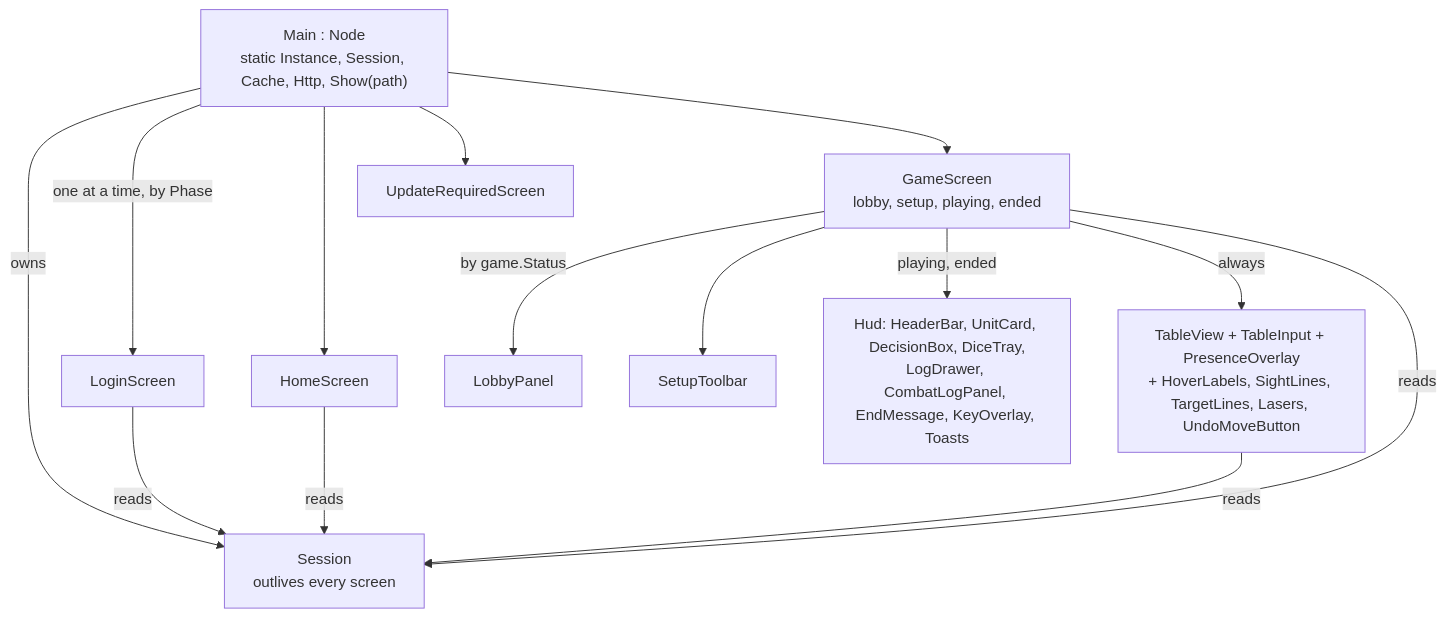
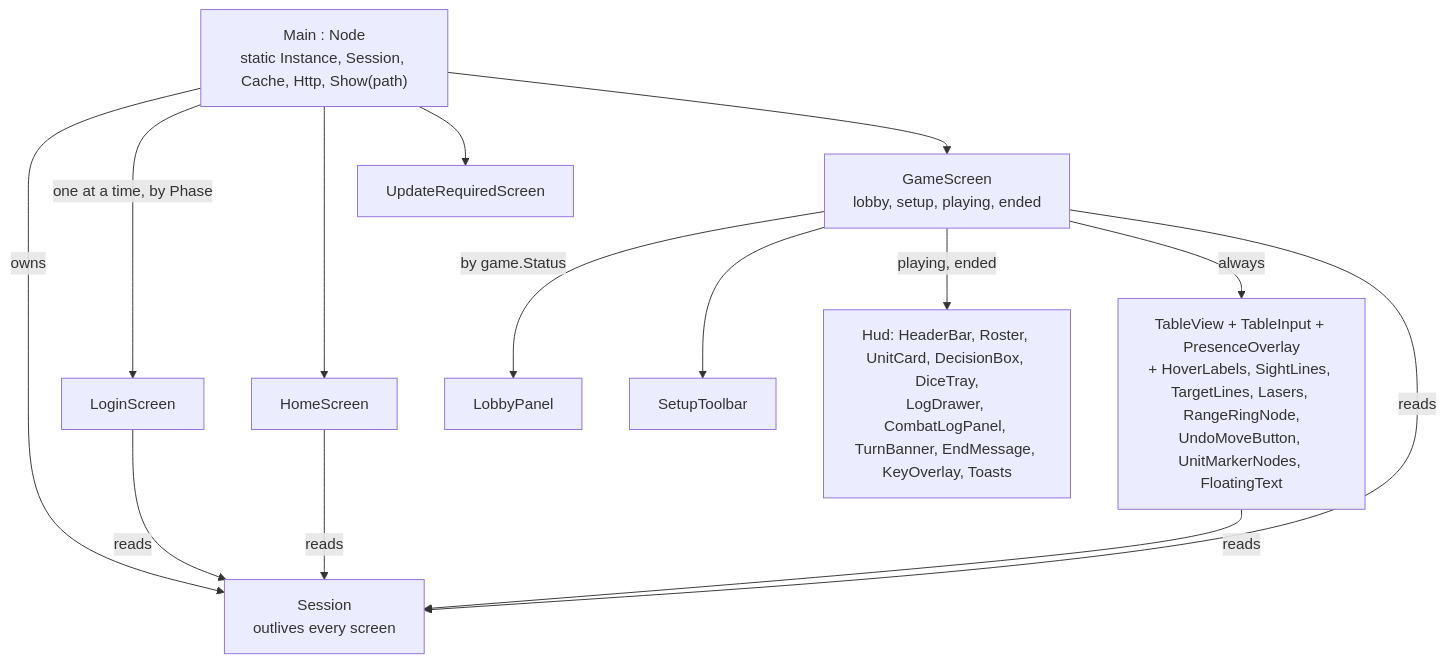
Before and after one commit to cstupi/tabletop: the diagram in docs/design/client/core-and-screens.md, drawn with Mermaid. The commit also changed other lines of this file and 7 other files, not shown here.

First line of the commit message:
Document the roster, banner, markers, rings, camera focus and catch-up

````diff
--- a/docs/design/client/core-and-screens.md
+++ b/docs/design/client/core-and-screens.md
@@ -39,27 +39,27 @@
 ```mermaid
 flowchart TD
   main["Main : Node<br/>static Instance, Session, Cache, Http, Show(path)"]
   session["Session<br/>outlives every screen"]
   login["LoginScreen"]
   home["HomeScreen"]
   update["UpdateRequiredScreen"]
   gamescr["GameScreen<br/>lobby, setup, playing, ended"]
   lobby["LobbyPanel"]
   setup["SetupToolbar"]
-  hud["Hud: HeaderBar, UnitCard, DecisionBox, DiceTray,<br/>LogDrawer, CombatLogPanel, EndMessage, KeyOverlay, Toasts"]
-  table["TableView + TableInput + PresenceOverlay<br/>+ HoverLabels, SightLines, TargetLines, Lasers, UndoMoveButton"]
+  hud["Hud: HeaderBar, Roster, UnitCard, DecisionBox, DiceTray,<br/>LogDrawer, CombatLogPanel, TurnBanner, EndMessage, KeyOverlay, Toasts"]
+  table["TableView + TableInput + PresenceOverlay<br/>+ HoverLabels, SightLines, TargetLines, Lasers, RangeRingNode,<br/>UndoMoveButton, UnitMarkerNodes, FloatingText"]
 
   main -- owns --> session
   main -- "one at a time, by Phase" --> login
   main --> home
   main --> update
   main --> gamescr
   gamescr -- "by game.Status" --> lobby
   gamescr --> setup
   gamescr -- "playing, ended" --> hud
   gamescr -- "always" --> table
   login -- reads --> session
   home -- reads --> session
   gamescr -- reads --> session
   table -- reads --> session
 ```
````
